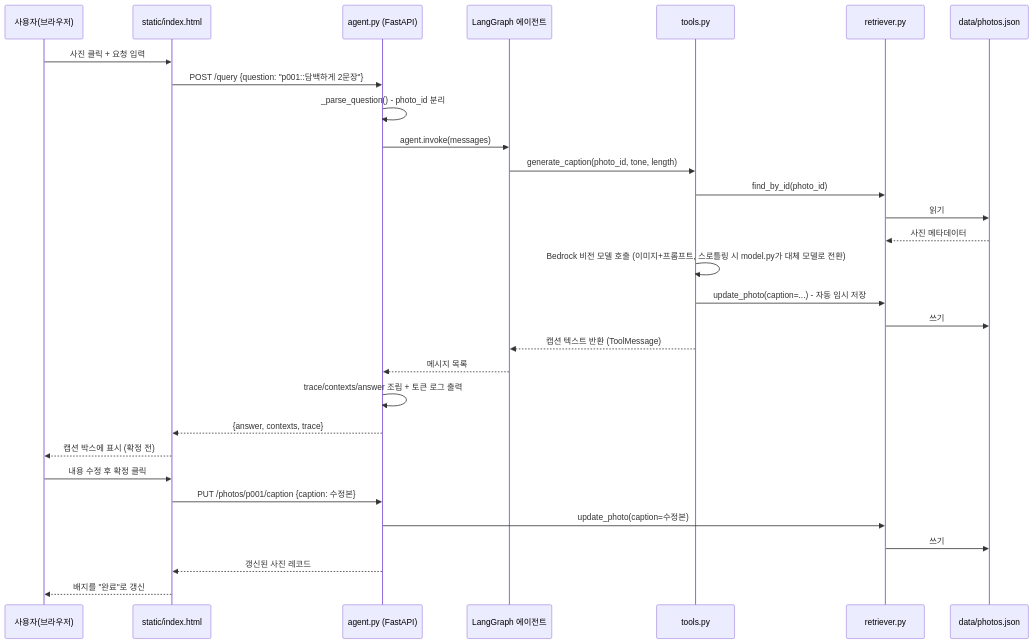
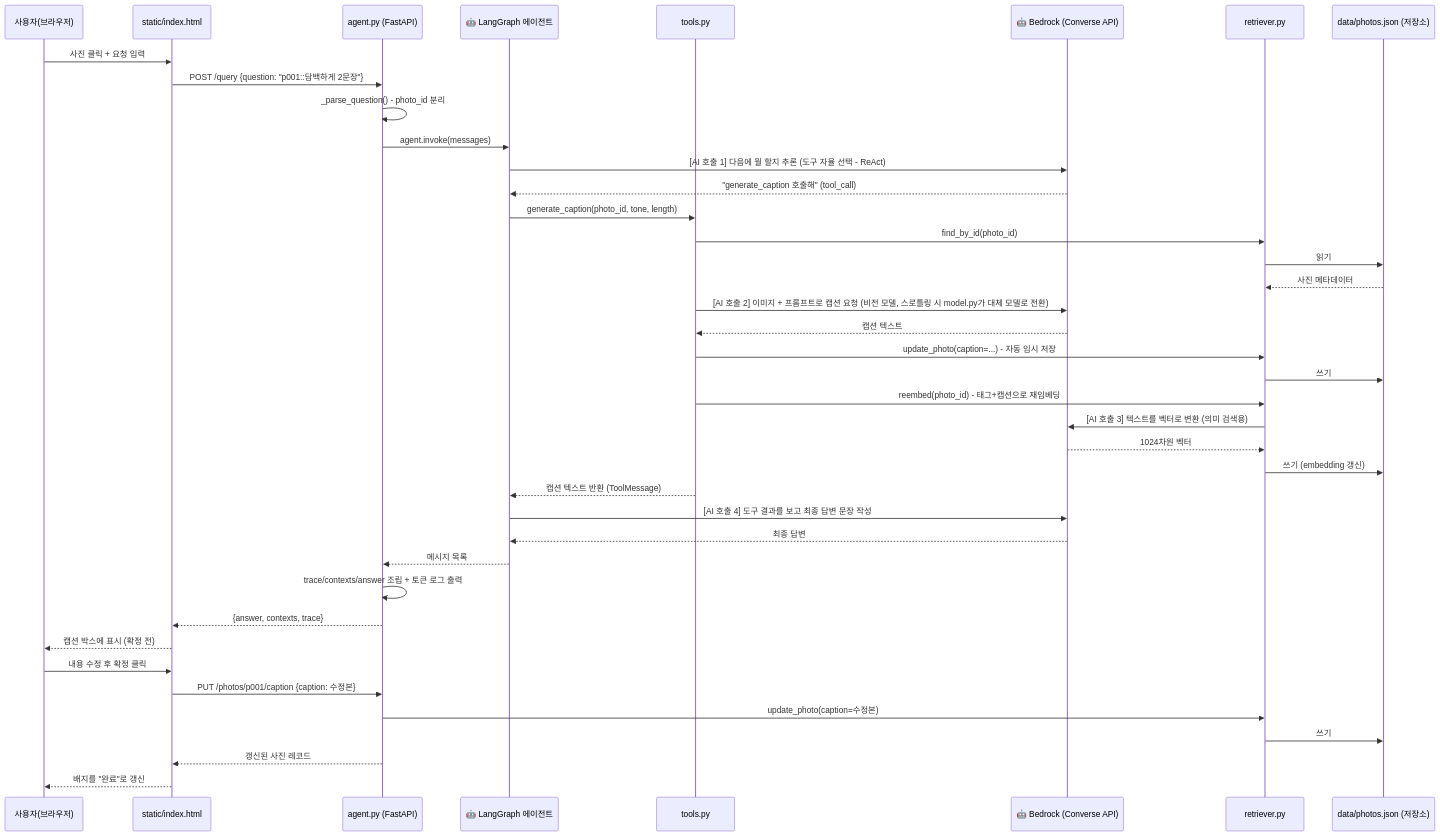
One commit to newbieski/chalkak-ilsang changed the second of 3 diagrams in README.md. Above: the diagram before and after it, drawn with Mermaid. The commit also changed other lines of this file, not shown here.

First line of the commit message:
README: 저장소 위치와 AI(Bedrock) 호출 지점을 명시

````diff
--- a/README.md
+++ b/README.md
@@ -59,34 +68,44 @@
 ```mermaid
 sequenceDiagram
     participant U as 사용자(브라우저)
     participant W as static/index.html
     participant A as agent.py (FastAPI)
-    participant G as LangGraph 에이전트
+    participant G as 🤖 LangGraph 에이전트
     participant T as tools.py
+    participant B as 🤖 Bedrock (Converse API)
     participant R as retriever.py
-    participant D as data/photos.json
+    participant D as data/photos.json (저장소)
 
     U->>W: 사진 클릭 + 요청 입력
     W->>A: POST /query {question: "p001::담백하게 2문장"}
     A->>A: _parse_question() - photo_id 분리
     A->>G: agent.invoke(messages)
+    G->>B: [AI 호출 1] 다음에 뭘 할지 추론 (도구 자율 선택 - ReAct)
+    B-->>G: "generate_caption 호출해" (tool_call)
     G->>T: generate_caption(photo_id, tone, length)
     T->>R: find_by_id(photo_id)
     R->>D: 읽기
     D-->>R: 사진 메타데이터
-    T->>T: Bedrock 비전 모델 호출 (이미지+프롬프트, 스로틀링 시 model.py가 대체 모델로 전환)
+    T->>B: [AI 호출 2] 이미지 + 프롬프트로 캡션 요청 (비전 모델, 스로틀링 시 model.py가 대체 모델로 전환)
+    B-->>T: 캡션 텍스트
     T->>R: update_photo(caption=...) - 자동 임시 저장
     R->>D: 쓰기
+    T->>R: reembed(photo_id) - 태그+캡션으로 재임베딩
+    R->>B: [AI 호출 3] 텍스트를 벡터로 변환 (의미 검색용)
+    B-->>R: 1024차원 벡터
+    R->>D: 쓰기 (embedding 갱신)
     T-->>G: 캡션 텍스트 반환 (ToolMessage)
+    G->>B: [AI 호출 4] 도구 결과를 보고 최종 답변 문장 작성
+    B-->>G: 최종 답변
     G-->>A: 메시지 목록
     A->>A: trace/contexts/answer 조립 + 토큰 로그 출력
     A-->>W: {answer, contexts, trace}
     W-->>U: 캡션 박스에 표시 (확정 전)
 
     U->>W: 내용 수정 후 확정 클릭
     W->>A: PUT /photos/p001/caption {caption: 수정본}
     A->>R: update_photo(caption=수정본)
     R->>D: 쓰기
     A-->>W: 갱신된 사진 레코드
     W-->>U: 배지를 "완료"로 갱신
 ```
````
